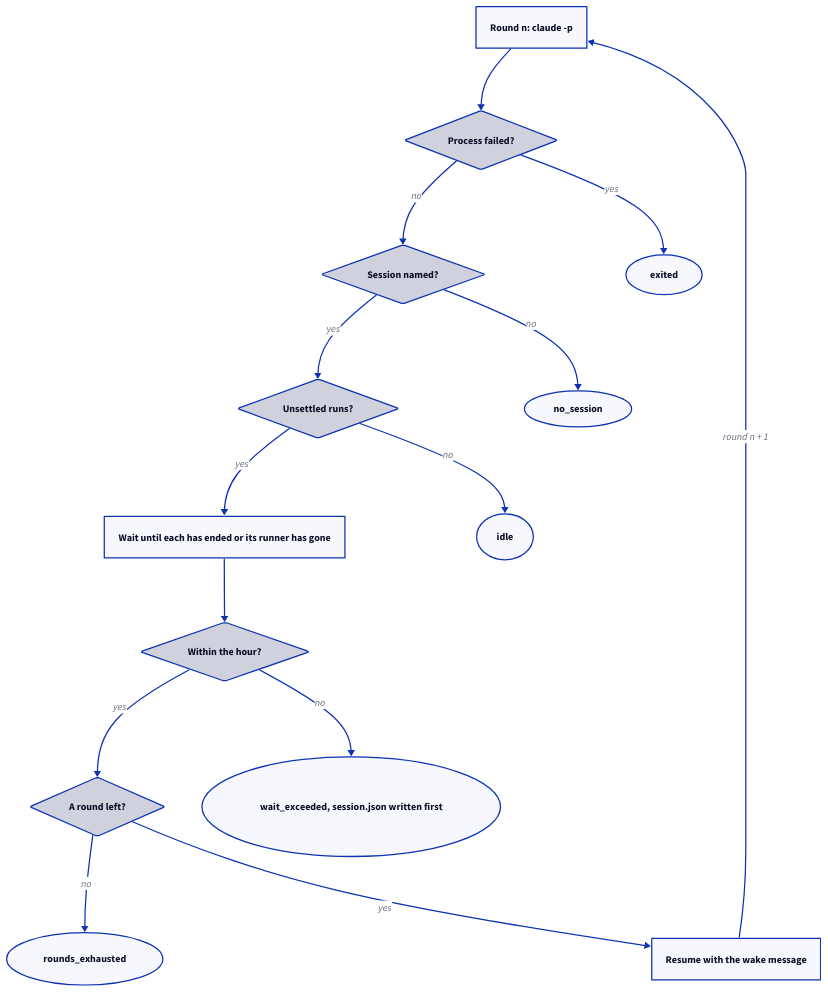
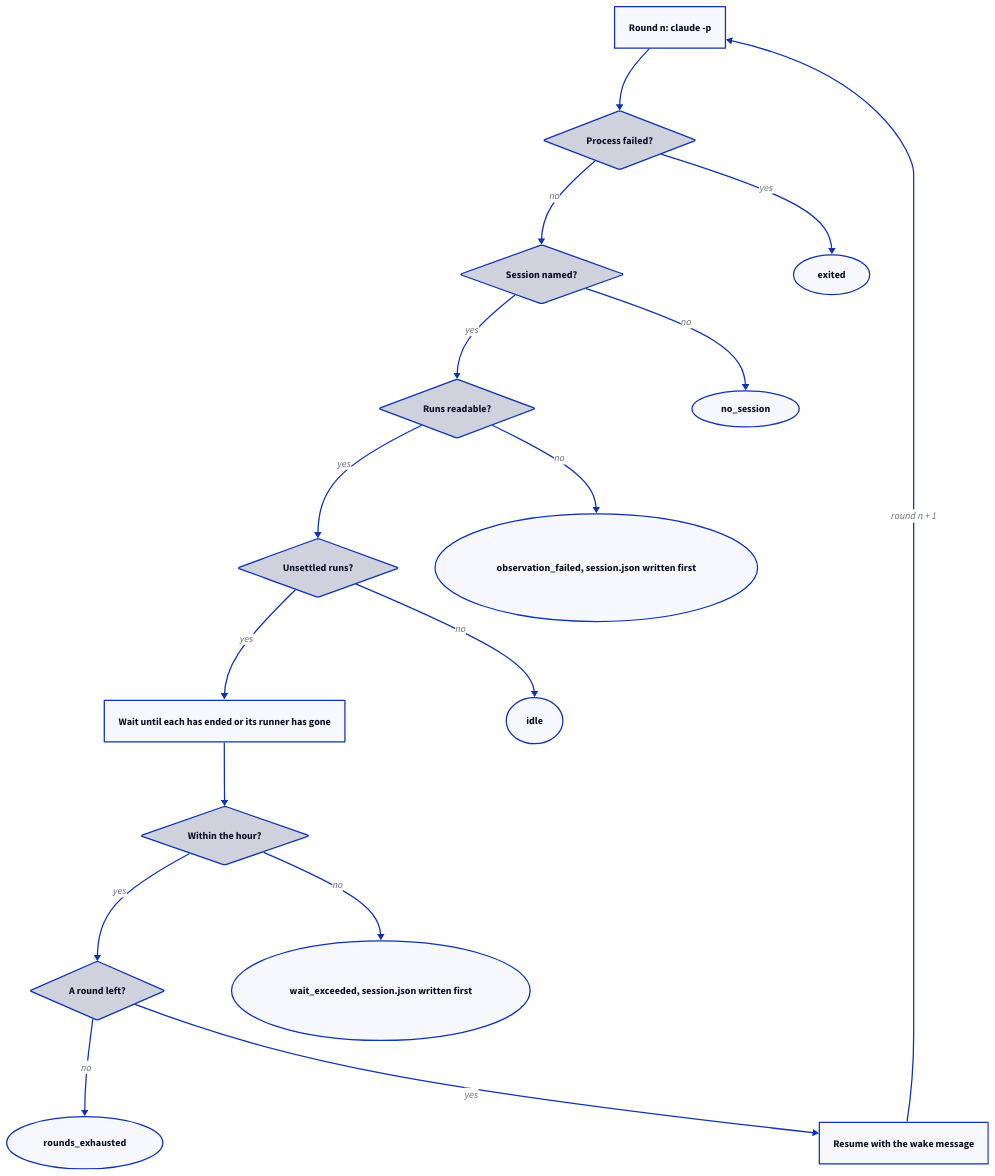
One commit to FTOD/concorde changed the diagram in specs/concorde/e2e/sessions/module.md. Above: the diagram before and after it, drawn with D2. The commit also changed other lines of this file and 5 other files, not shown here.

First line of the commit message:
Headless sessions: visible observation failures, exact start times, moved runs, last-round runs

````diff
--- a/specs/concorde/e2e/sessions/module.md
+++ b/specs/concorde/e2e/sessions/module.md
@@ -67,29 +73,33 @@
 ```d2 illustrative
 direction: down
 round: "Round n: claude -p"
 failed: "Process failed?" {shape: diamond}
 named: "Session named?" {shape: diamond}
+readable: "Runs readable?" {shape: diamond}
 unsettled: "Unsettled runs?" {shape: diamond}
 wait: "Wait until each has ended or its runner has gone"
 within: "Within the hour?" {shape: diamond}
 remaining: "A round left?" {shape: diamond}
 wake: "Resume with the wake message"
 exited: "exited" {shape: oval}
 no_session: "no_session" {shape: oval}
 idle: "idle" {shape: oval}
 exceeded: "wait_exceeded, session.json written first" {shape: oval}
+unobserved: "observation_failed, session.json written first" {shape: oval}
 exhausted: "rounds_exhausted" {shape: oval}
 round -> failed
 failed -> exited: yes
 failed -> named: no
 named -> no_session: no
-named -> unsettled: yes
+named -> readable: yes
+readable -> unobserved: no
+readable -> unsettled: yes
 unsettled -> idle: no
 unsettled -> wait: yes
 wait -> within
 within -> exceeded: no
 within -> remaining: yes
 remaining -> exhausted: no
 remaining -> wake: yes
 wake -> round: "round n + 1"
 ```
````
